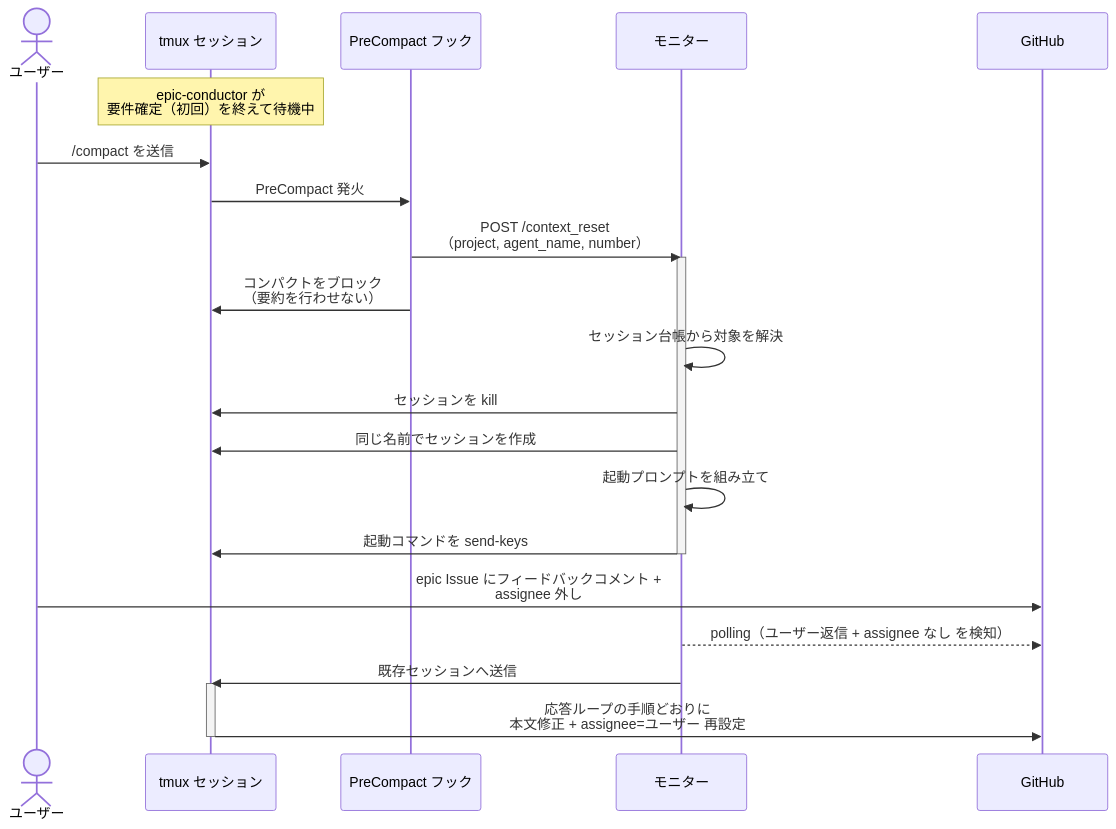
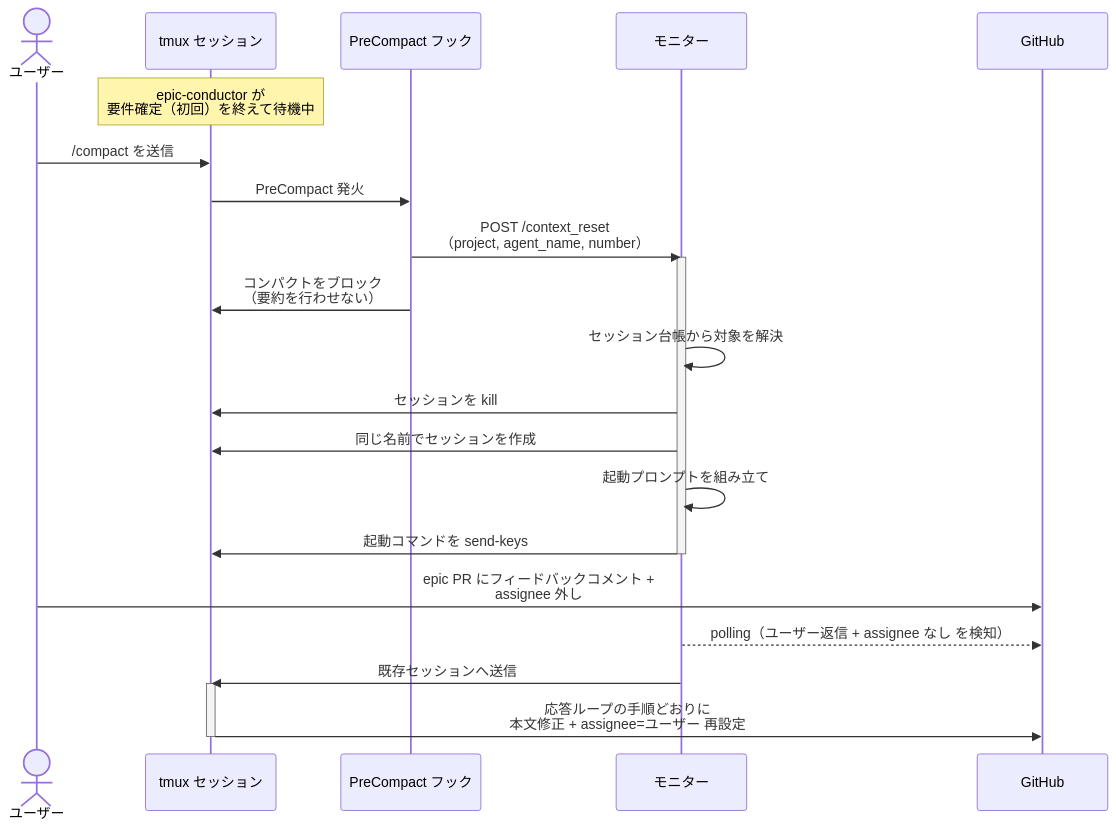
The first of 2 diagrams in docs/wiki/設計図/シナリオ/単一ユースケース/コンテキスト上限時のリセット.md (shuhei1101/ai-monitor), drawn with Mermaid before and after one commit. The commit also changed other lines of this file and 256 other files, not shown here.

````diff
--- a/docs/wiki/設計図/シナリオ/単一ユースケース/コンテキスト上限時のリセット.md
+++ b/docs/wiki/設計図/シナリオ/単一ユースケース/コンテキスト上限時のリセット.md
@@ -27,28 +27,28 @@
 ```mermaid
 sequenceDiagram
   actor U as ユーザー
   participant TMUX as tmux セッション
   participant HOOK as PreCompact フック
   participant ORC as モニター
   participant GH as GitHub
 
   Note over TMUX: epic-conductor が<br>要件確定（初回）を終えて待機中
   U->>TMUX: /compact を送信
   TMUX->>HOOK: PreCompact 発火
   HOOK->>ORC: POST /context_reset<br>（project, agent_name, number）
   activate ORC
   HOOK->>TMUX: コンパクトをブロック<br>（要約を行わせない）
   ORC->>ORC: セッション台帳から対象を解決
   ORC->>TMUX: セッションを kill
   ORC->>TMUX: 同じ名前でセッションを作成
   ORC->>ORC: 起動プロンプトを組み立て
   ORC->>TMUX: 起動コマンドを send-keys
   deactivate ORC
 
-  U->>GH: epic Issue にフィードバックコメント +<br>assignee 外し
+  U->>GH: epic PR にフィードバックコメント +<br>assignee 外し
   ORC-->>GH: polling（ユーザー返信 + assignee なし を検知）
   ORC->>TMUX: 既存セッションへ送信
   activate TMUX
   TMUX->>GH: 応答ループの手順どおりに<br>本文修正 + assignee=ユーザー 再設定
   deactivate TMUX
 ```
````
